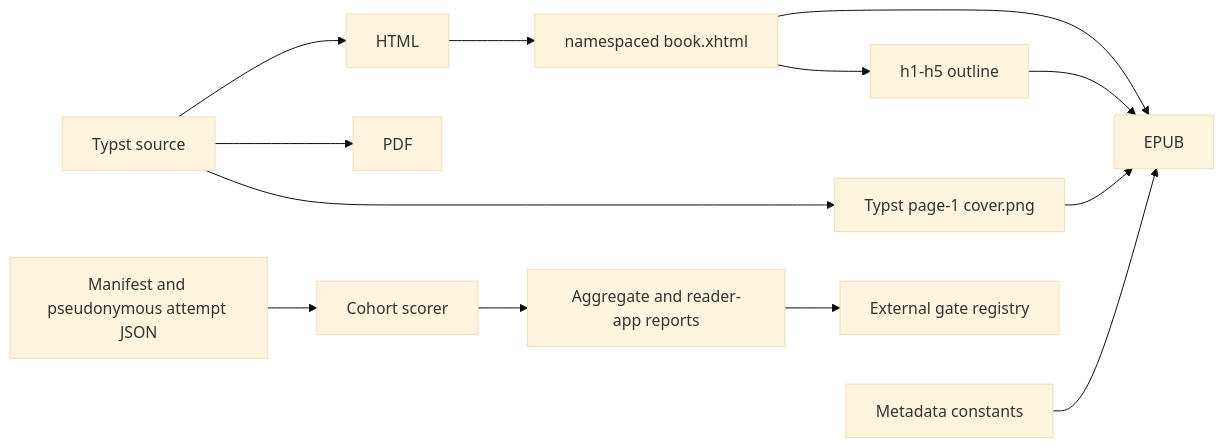
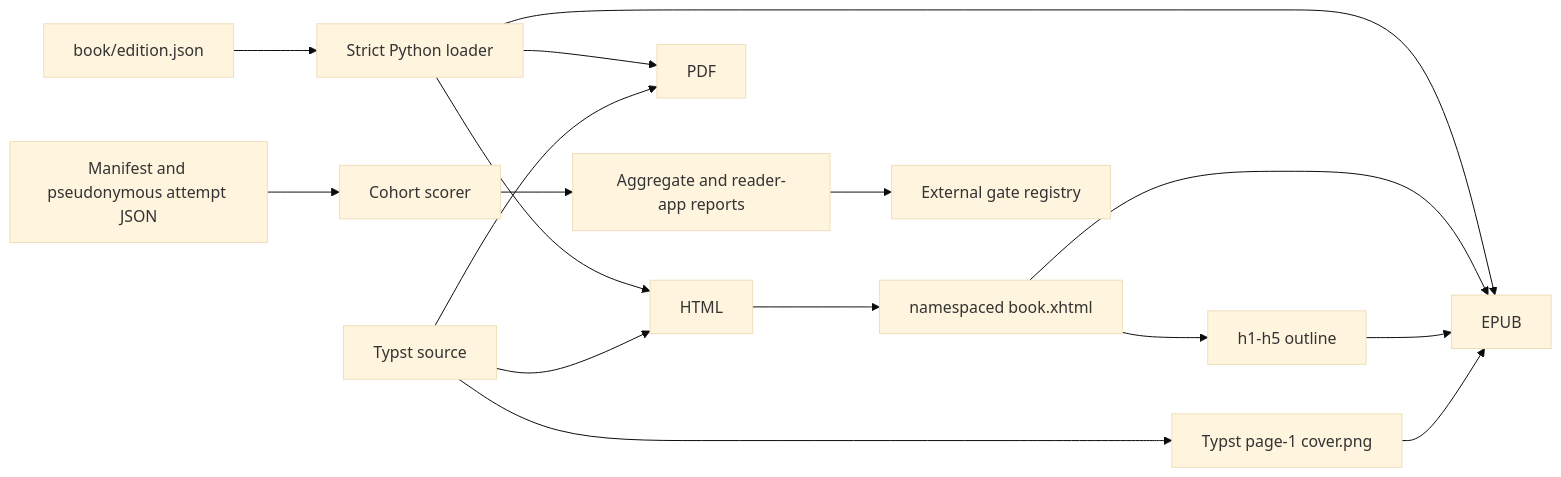
The fifth of 5 diagrams in scripts/AGENTS.md (streamentry/streamentry), drawn with Mermaid (base theme) before and after one commit. The commit also changed other lines of this file and 30 other files, not shown here.

````diff
--- a/scripts/AGENTS.md
+++ b/scripts/AGENTS.md
@@ -109,15 +134,18 @@
 ```mermaid
 flowchart LR
+  D["book/edition.json"] --> L["Strict Python loader"]
+  L --> H
+  L --> P
+  L --> Z
   T["Typst source"] --> H["HTML"]
   T --> P["PDF"]
   H --> X["namespaced book.xhtml"]
   X --> N["h1-h5 outline"]
   T --> I["Typst page-1 cover.png"]
   X --> Z["EPUB"]
   N --> Z
   I --> Z
-  D["Metadata constants"] --> Z
   R["Manifest and pseudonymous attempt JSON"] --> C["Cohort scorer"]
   C --> A["Aggregate and reader-app reports"]
   A --> G["External gate registry"]
 ```
````
